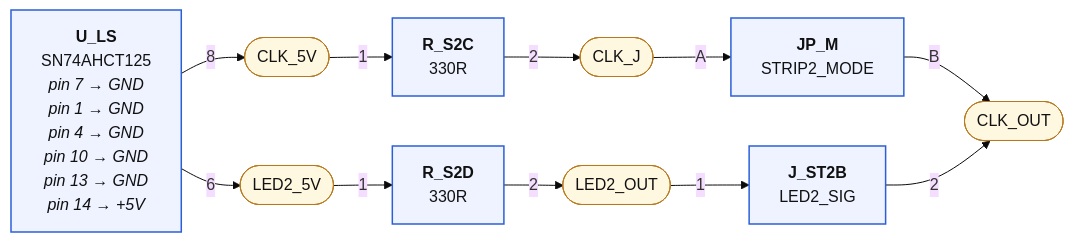
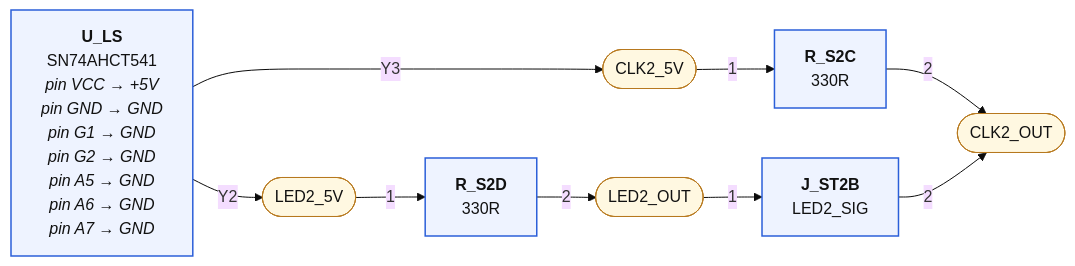
Before and after one commit to mrwillson2u/propmesh: the third of 5 diagrams in hardware/pro/sheets/05-led.diagram.md, drawn with Mermaid (base theme). The commit also changed other lines of this file and 44 other files, not shown here.

````diff
--- a/hardware/pro/sheets/05-led.diagram.md
+++ b/hardware/pro/sheets/05-led.diagram.md
@@ -63,30 +75,26 @@
 ```mermaid
 graph LR
   classDef part fill:#eef3ff,stroke:#2b5fd9,stroke-width:1.5px,color:#111
   classDef net fill:#fff8e1,stroke:#b7791f,color:#111
   classDef rail fill:#ffe0b2,stroke:#e65100,stroke-width:3px,color:#111,font-weight:bold
   classDef badnet fill:#ffe0e0,stroke:#c00,stroke-width:3px,color:#111,font-weight:bold
   classDef absent fill:#fff,stroke:#c00,stroke-width:2px,stroke-dasharray:6 4,color:#c00
   classDef extra fill:#ffecec,stroke:#c00,stroke-width:2px,color:#111
   classDef dnp fill:#f5f5f5,stroke:#999,stroke-dasharray:3 3,color:#666
   N_LED2_5V(["LED2_5V"]):::net
-  P_U_LS["<b>U_LS</b><br/>SN74AHCT125<br/><i>pin 7 → GND</i><br/><i>pin 1 → GND</i><br/><i>pin 4 → GND</i><br/><i>pin 10 → GND</i><br/><i>pin 13 → GND</i><br/><i>pin 14 → +5V</i>"]:::part
-  P_U_LS --"6"--> N_LED2_5V
+  P_U_LS["<b>U_LS</b><br/>SN74AHCT541<br/><i>pin VCC → +5V</i><br/><i>pin GND → GND</i><br/><i>pin G1 → GND</i><br/><i>pin G2 → GND</i><br/><i>pin A5 → GND</i><br/><i>pin A6 → GND</i><br/><i>pin A7 → GND</i>"]:::part
+  P_U_LS --"Y2"--> N_LED2_5V
   P_R_S2D["<b>R_S2D</b><br/>330R"]:::part
   N_LED2_5V --"1"--> P_R_S2D
   N_LED2_OUT(["LED2_OUT"]):::net
   P_R_S2D --"2"--> N_LED2_OUT
   P_J_ST2B["<b>J_ST2B</b><br/>LED2_SIG"]:::part
   N_LED2_OUT --"1"--> P_J_ST2B
-  N_CLK_5V(["CLK_5V"]):::net
-  P_U_LS --"8"--> N_CLK_5V
+  N_CLK2_5V(["CLK2_5V"]):::net
+  P_U_LS --"Y3"--> N_CLK2_5V
   P_R_S2C["<b>R_S2C</b><br/>330R"]:::part
-  N_CLK_5V --"1"--> P_R_S2C
-  N_CLK_J(["CLK_J"]):::net
-  P_R_S2C --"2"--> N_CLK_J
-  P_JP_M["<b>JP_M</b><br/>STRIP2_MODE"]:::part
-  N_CLK_J --"A"--> P_JP_M
-  N_CLK_OUT(["CLK_OUT"]):::net
-  P_JP_M --"B"--> N_CLK_OUT
-  P_J_ST2B --"2"--> N_CLK_OUT
+  N_CLK2_5V --"1"--> P_R_S2C
+  N_CLK2_OUT(["CLK2_OUT"]):::net
+  P_R_S2C --"2"--> N_CLK2_OUT
+  P_J_ST2B --"2"--> N_CLK2_OUT
 ```
````
